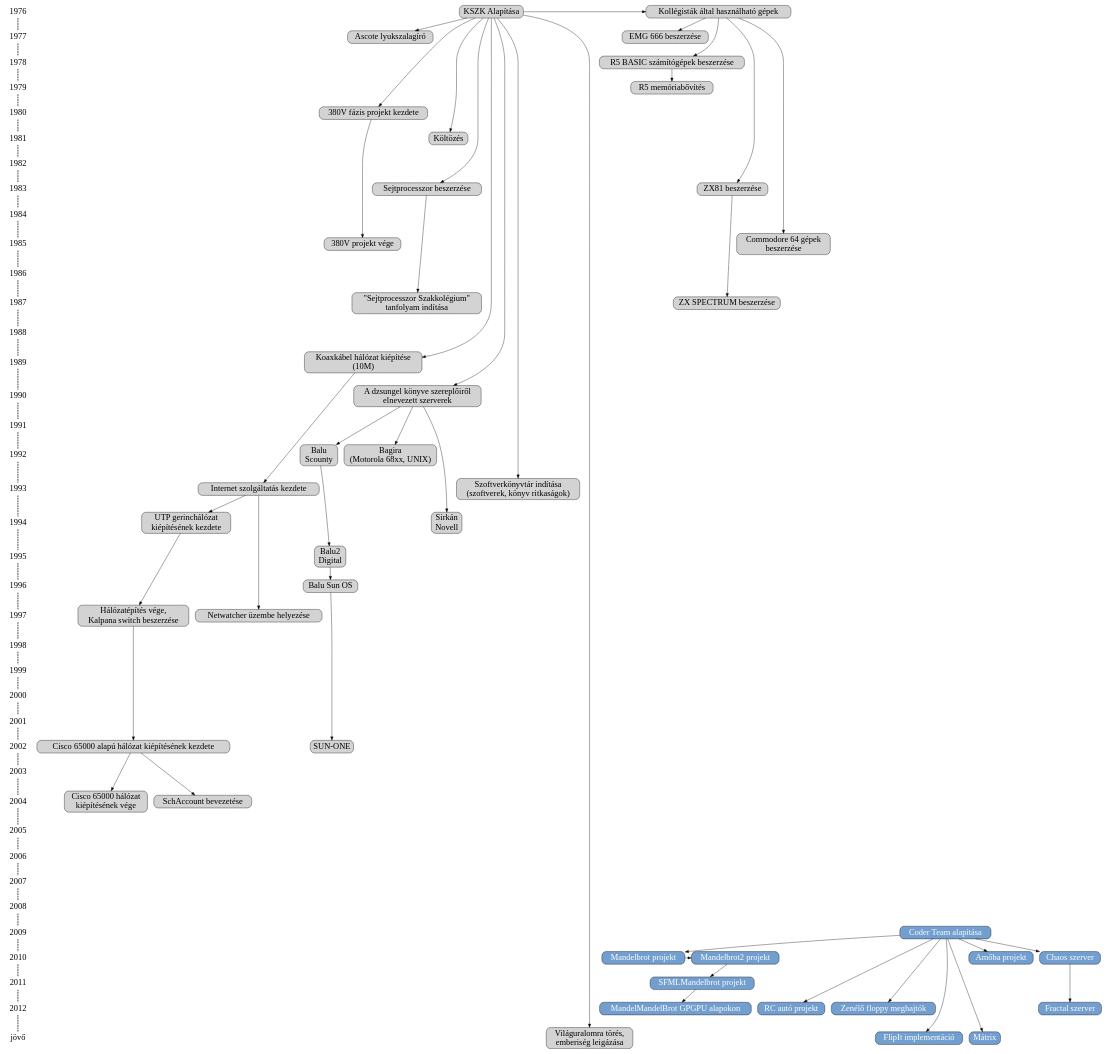
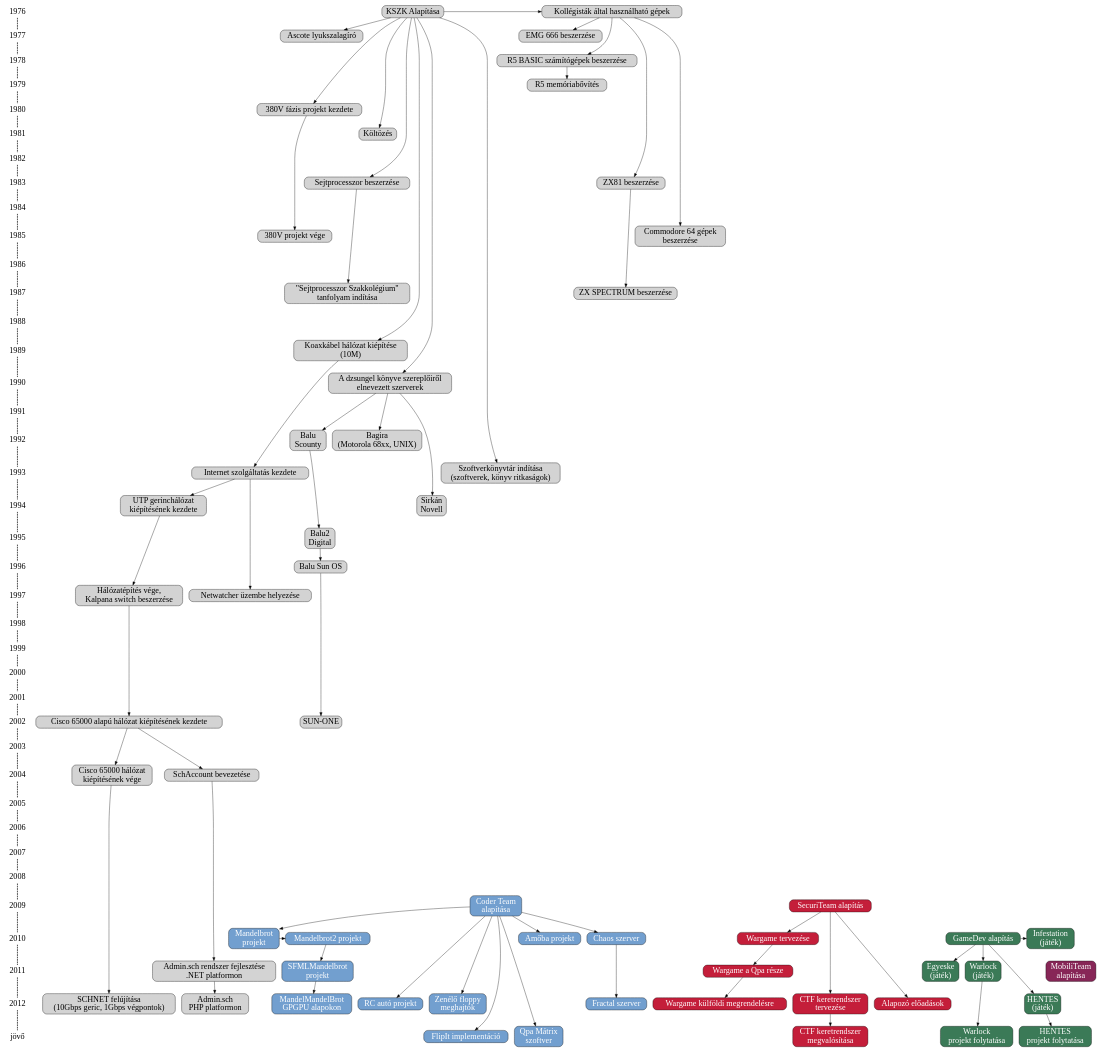
The diagram in timeline.dot (Cangooroo/KSZK), drawn with Graphviz before and after one commit.

Commit message:
Updated data @ Jan 16

```diff
--- a/timeline.dot
+++ b/timeline.dot
@@ -150,37 +150,56 @@
 		//...
 	}
 	{ rank=same; 2009
-		CoderTeam [ label = "Coder Team alapítása", fillcolor="#729fcf", fontcolor="#ffffff" ]
+		CoderTeam [ label = "Coder Team\nalapítása", fillcolor="#729fcf", fontcolor="#ffffff" ]
+		SECURITY [ label = "SecuriTeam alapítás", fillcolor="#C41E3A", fontcolor="#ffffff" ]
 	}
 	{ rank=same; 2010
-		CoderMB1 [ label = "Mandelbrot projekt", fillcolor="#729fcf", fontcolor="#ffffff" ]
+		CoderMB1 [ label = "Mandelbrot\nprojekt", fillcolor="#729fcf", fontcolor="#ffffff" ]
 		CoderMB2 [ label = "Mandelbrot2 projekt", fillcolor="#729fcf", fontcolor="#ffffff" ]
 		CoderAmoba [ label = "Amőba projekt", fillcolor="#729fcf", fontcolor="#ffffff" ]
 		CoderChaos [ label = "Chaos szerver", fillcolor="#729fcf", fontcolor="#ffffff" ]
+		GAME1 [ label = "GameDev alapítás", fillcolor="#3B7A57", fontcolor="#ffffff" ]
+		GAME_INF [ label = "Infestation\n(játék)", fillcolor="#3B7A57", fontcolor="#ffffff" ]
+		WARGAME1 [ label = "Wargame tervezése", fillcolor="#C41E3A", fontcolor="#ffffff" ]
 	}
 	{ rank=same; 2011
-		CoderMB3 [ label = "SFMLMandelbrot projekt", fillcolor="#729fcf", fontcolor="#ffffff" ]
+		CoderMB3 [ label = "SFMLMandelbrot\nprojekt", fillcolor="#729fcf", fontcolor="#ffffff" ]
+		ADMIN1 [ label = "Admin.sch rendszer fejlesztése\n.NET platformon" ]
+		GAME_EGY [ label = "Egyeske\n(játék)", fillcolor="#3B7A57", fontcolor="#ffffff" ]
+		GAME_WAR1 [ label = "Warlock\n(játék)", fillcolor="#3B7A57", fontcolor="#ffffff" ]
+		MOBIL [ label = "MobiliTeam\nalapítása", fillcolor="#872657", fontcolor="#ffffff" ]
+		WARGAME2 [ label = "Wargame a Qpa része", fillcolor="#C41E3A", fontcolor="#ffffff" ]
 	}
 	{ rank=same; 2012
-		CoderMB4 [ label = "MandelMandelBrot GPGPU alapokon", fillcolor="#729fcf", fontcolor="#ffffff" ]
+		CoderMB4 [ label = "MandelMandelBrot\nGPGPU alapokon", fillcolor="#729fcf", fontcolor="#ffffff" ]
+		ADMIN2 [ label = "Admin.sch \nPHP platformon" ]
 		CoderFractal [ label = "Fractal szerver", fillcolor="#729fcf", fontcolor="#ffffff" ]
 		CoderBBRC [ label = "RC autó projekt", fillcolor="#729fcf", fontcolor="#ffffff" ]
-		CoderFloppy [ label = "Zenélő floppy meghajtók", fillcolor="#729fcf", fontcolor="#ffffff" ]
+		CoderFloppy [ label = "Zenélő floppy\nmeghajtók", fillcolor="#729fcf", fontcolor="#ffffff" ]
+		NET7 [ label = "SCHNET felújítása \n(10Gbps geric, 1Gbps végpontok)" ]
+		GAME_HEN1 [ label = "HENTES\n(játék)", fillcolor="#3B7A57", fontcolor="#ffffff" ]
+		WARGAME3 [ label = "Wargame külföldi megrendelésre", fillcolor="#C41E3A", fontcolor="#ffffff" ]
+		CTF1 [ label = "CTF keretrendszer\ntervezése", fillcolor="#C41E3A", fontcolor="#ffffff"  ]
+		SEC_ELOADAS [ label = "Alapozó előadások", fillcolor="#C41E3A", fontcolor="#ffffff" ]
 	}
 	{ rank=same; jövő
 		CoderFlipIT [ label = "FlipIt implementáció", fillcolor="#729fcf", fontcolor="#ffffff" ]
-		CoderMX [ label = "Mátrix", fillcolor="#729fcf", fontcolor="#ffffff" ]
-		VILAGURALOM [ label = "Világuralomra törés,\nemberiség leigázása" ]	
+		CoderMX [ label = "Qpa Mátrix\nszoftver", fillcolor="#729fcf", fontcolor="#ffffff" ]
+		//VILAGURALOM [ label = "Világuralomra törés,\nemberiség leigázása" ]
+		GAME_WAR2 [ label = "Warlock\nprojekt folytatása", fillcolor="#3B7A57", fontcolor="#ffffff" ]	
+		GAME_HEN2 [ label = "HENTES\nprojekt folytatása", fillcolor="#3B7A57", fontcolor="#ffffff" ]
+		CTF2 [ label = "CTF keretrendszer\nmegvalósítása", fillcolor="#C41E3A", fontcolor="#ffffff" ]
 	}
 	
 	// KSZK események
+	KSZKAlapitas -> GEPEK;
 	KSZKAlapitas -> HASZNALAT;
 	KSZKAlapitas -> SEJTPROC -> SEJTPROC_TANF;
-	KSZKAlapitas -> NET1 -> NET2 -> NET3 ->NET4 ->NET5 ->NET6;
-	KSZKAlapitas -> GEPEK;
+	KSZKAlapitas -> NET1 -> NET2 -> NET3 ->NET4 ->NET5 -> NET6 -> NET7;
+	NET5 -> SCHACC -> ADMIN1 -> ADMIN2;
 	KSZKAlapitas -> Ascote;
 	KSZKAlapitas -> KOLTOZES;
-	KSZKAlapitas -> VILAGURALOM;
+	//KSZKAlapitas -> VILAGURALOM;
 	KSZKAlapitas -> KONYVTAR;
 	KSZKAlapitas -> FAZIS1 -> FAZIS2;
 	HASZNALAT -> ZX81 -> ZX_SPECTRUM;
@@ -191,7 +210,14 @@
 	GEPEK -> SIRKAN;
 	GEPEK -> BALU1 -> BALU2 -> BALU3 -> BALU4;
 	NET2 -> NETWATCHER;
-	NET5 -> SCHACC;
+
+	//GameDev
+	GAME1 -> GAME_INF;
+	GAME1 -> GAME_EGY;
+	GAME1 -> GAME_HEN1 -> GAME_HEN2;
+	GAME1 -> GAME_WAR1 -> GAME_WAR2;
+
+	
 	
 	// Coder Team események
 	CoderTeam -> CoderAmoba
@@ -202,4 +228,9 @@
 	CoderTeam -> CoderMB1 -> CoderMB2 -> CoderMB3 -> CoderMB4
 	CoderTeam -> CoderChaos -> CoderFractal
 	
+	//SecuriTeam
+	SECURITY -> WARGAME1 -> WARGAME2 -> WARGAME3;
+	SECURITY -> SEC_ELOADAS;
+	SECURITY -> CTF1 -> CTF2;
+	
 }
```
